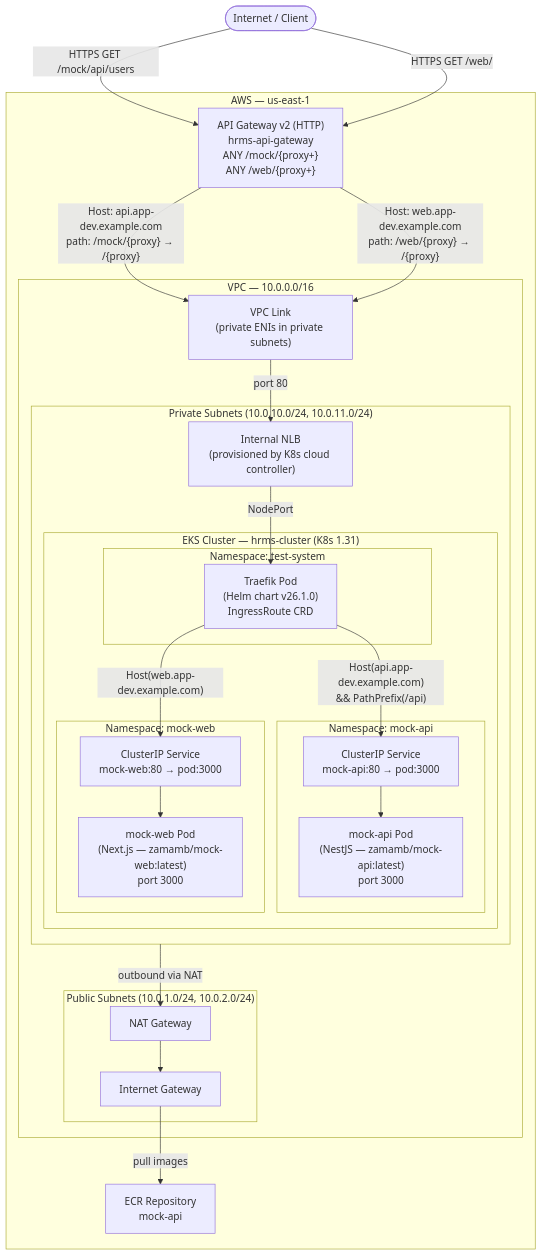
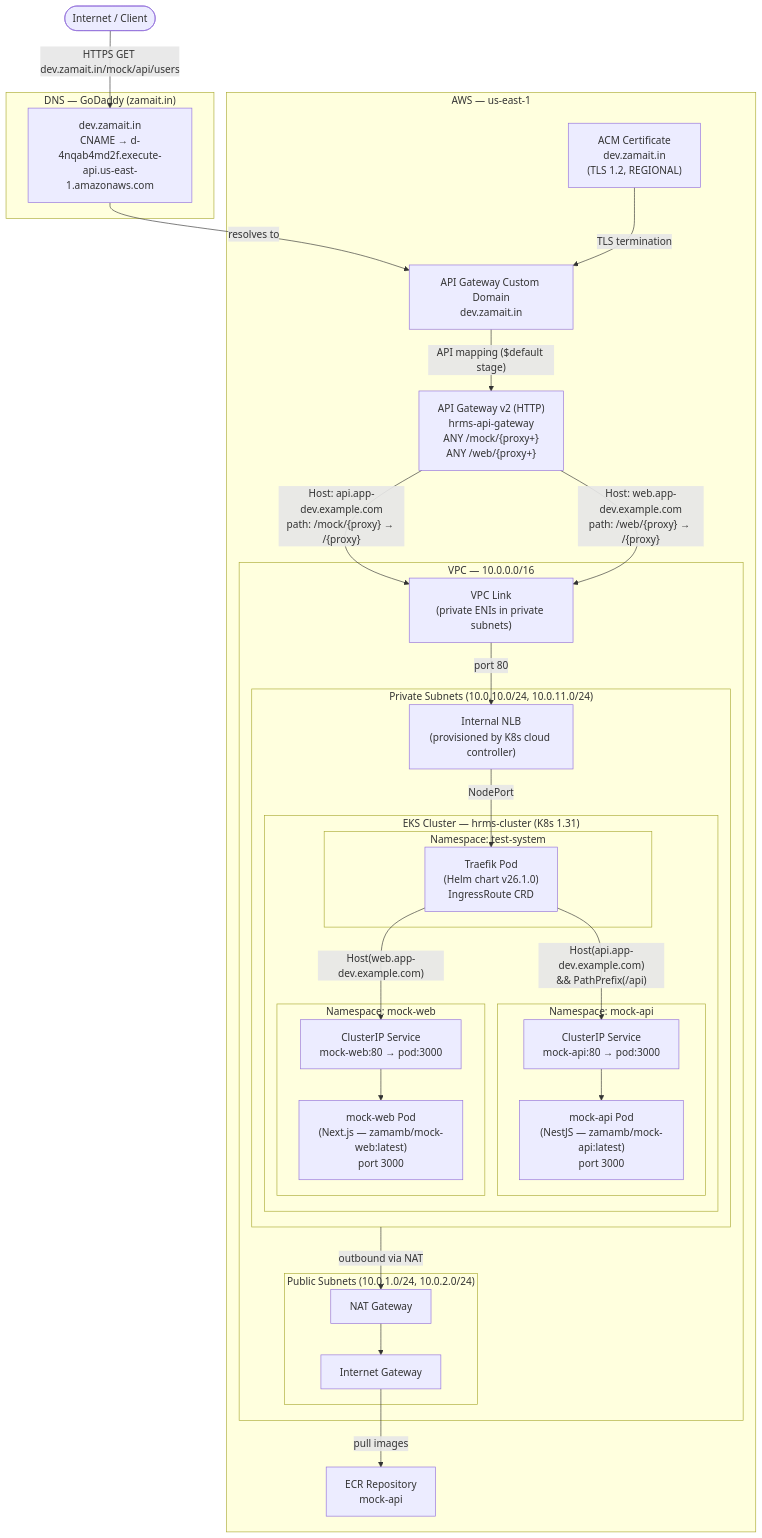
One commit to mbzama/eks-apigateway-traefik-nlb changed the diagram in README.md. Above: the diagram before and after it, drawn with Mermaid.

Commit message:
Update mermaid diagram

````diff
--- a/README.md
+++ b/README.md
@@ -22,56 +22,65 @@
 ```mermaid
 flowchart TD
     Client([Internet / Client])
 
+    subgraph DNS["DNS — GoDaddy (zamait.in)"]
+        CNAME["dev.zamait.in\nCNAME → d-4nqab4md2f.execute-api.us-east-1.amazonaws.com"]
+    end
+
     subgraph AWS["AWS — us-east-1"]
+
+        ACM["ACM Certificate\ndev.zamait.in\n(TLS 1.2, REGIONAL)"]
+        CustomDomain["API Gateway Custom Domain\ndev.zamait.in"]
 
         APIGW["API Gateway v2 (HTTP)\nhrms-api-gateway\nANY /mock/{proxy+}\nANY /web/{proxy+}"]
 
         subgraph VPC["VPC — 10.0.0.0/16"]
 
             subgraph Public["Public Subnets (10.0.1.0/24, 10.0.2.0/24)"]
                 NAT[NAT Gateway]
                 IGW[Internet Gateway]
             end
 
             VPCLink["VPC Link\n(private ENIs in private subnets)"]
 
             subgraph Private["Private Subnets (10.0.10.0/24, 10.0.11.0/24)"]
                 NLB["Internal NLB\n(provisioned by K8s cloud controller)"]
 
                 subgraph EKS["EKS Cluster — hrms-cluster (K8s 1.31)"]
                     subgraph TraefikNS["Namespace: test-system"]
                         Traefik["Traefik Pod\n(Helm chart v26.1.0)\nIngressRoute CRD"]
                     end
 
                     subgraph AppNS["Namespace: mock-api"]
                         App["mock-api Pod\n(NestJS — zamamb/mock-api:latest)\nport 3000"]
                         AppSVC["ClusterIP Service\nmock-api:80 → pod:3000"]
                     end
 
                     subgraph UINS["Namespace: mock-web"]
                         UI["mock-web Pod\n(Next.js — zamamb/mock-web:latest)\nport 3000"]
                         UISVC["ClusterIP Service\nmock-web:80 → pod:3000"]
                     end
                 end
             end
         end
 
         ECR["ECR Repository\nmock-api"]
     end
 
-    Client -->|"HTTPS GET /mock/api/users"| APIGW
-    Client -->|"HTTPS GET /web/"| APIGW
+    Client -->|"HTTPS GET dev.zamait.in/mock/api/users"| CNAME
+    CNAME -->|"resolves to"| CustomDomain
+    ACM -->|"TLS termination"| CustomDomain
+    CustomDomain -->|"API mapping ($default stage)"| APIGW
     APIGW -->|"Host: api.app-dev.example.com\npath: /mock/{proxy} → /{proxy}"| VPCLink
     APIGW -->|"Host: web.app-dev.example.com\npath: /web/{proxy} → /{proxy}"| VPCLink
     VPCLink -->|"port 80"| NLB
     NLB -->|"NodePort"| Traefik
     Traefik -->|"Host(api.app-dev.example.com)\n&& PathPrefix(/api)"| AppSVC
     Traefik -->|"Host(web.app-dev.example.com)"| UISVC
     AppSVC --> App
     UISVC --> UI
 
     Private -->|"outbound via NAT"| NAT
     NAT --> IGW
     IGW -->|"pull images"| ECR
 ```
````
